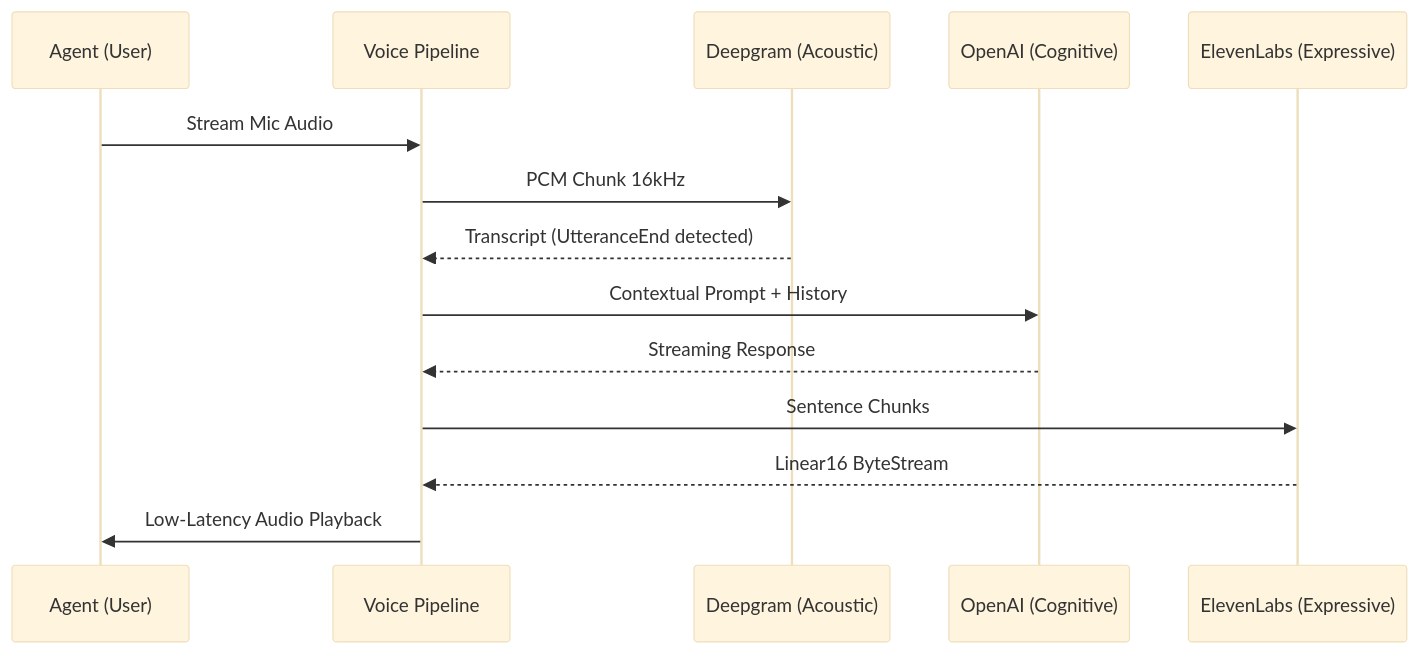
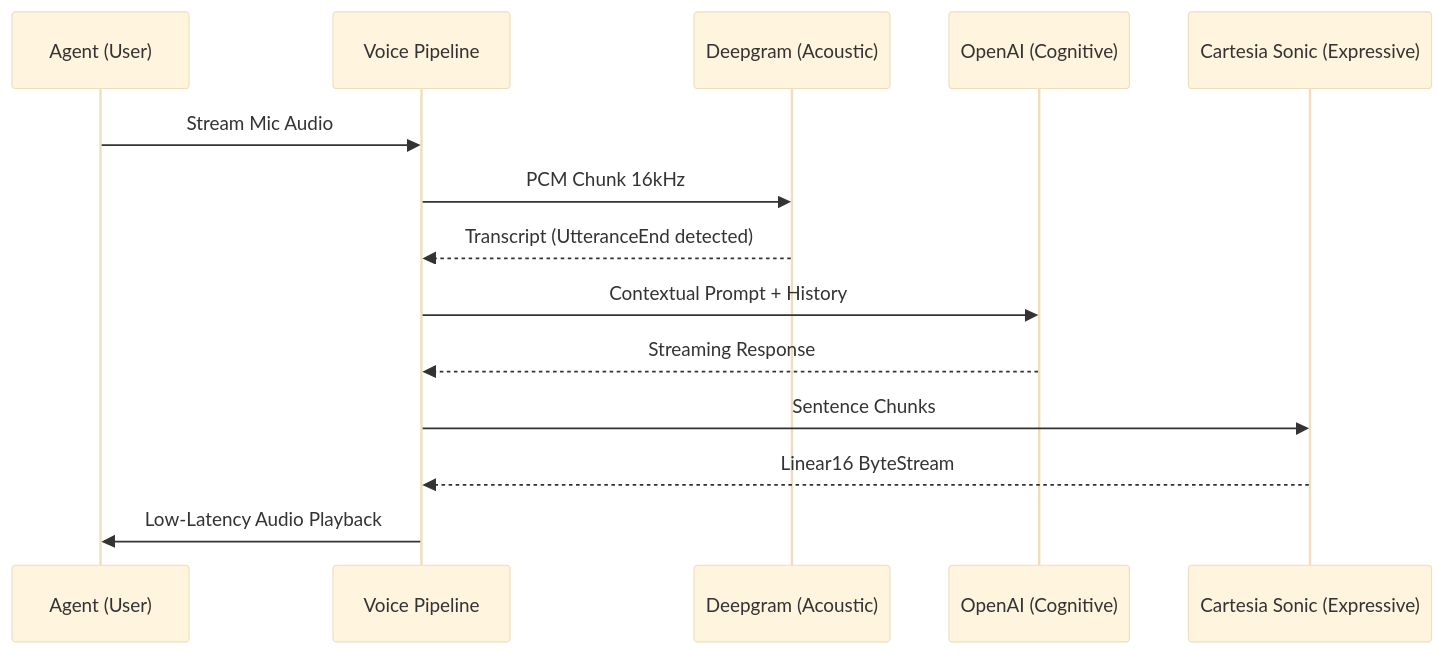
Before and after one commit to SaiLokeshManchineella/Agent_Up: the second of 2 diagrams in README.md, drawn with Mermaid (base theme). The commit also changed other lines of this file, not shown here.

Commit message:
docs: correct TTS providers and update architecture diagrams

````diff
--- a/README.md
+++ b/README.md
@@ -41,17 +41,17 @@
 ```mermaid
 sequenceDiagram
     participant Agent as Agent (User)
     participant Pipe as Voice Pipeline
     participant DG as Deepgram (Acoustic)
     participant GPT as OpenAI (Cognitive)
-    participant TTS as ElevenLabs (Expressive)
+    participant TTS as Cartesia Sonic (Expressive)
 
     Agent->>Pipe: Stream Mic Audio
     Pipe->>DG: PCM Chunk 16kHz
     DG-->>Pipe: Transcript (UtteranceEnd detected)
     Pipe->>GPT: Contextual Prompt + History
     GPT-->>Pipe: Streaming Response
     Pipe->>TTS: Sentence Chunks
     TTS-->>Pipe: Linear16 ByteStream
     Pipe->>Agent: Low-Latency Audio Playback
 ```
````
